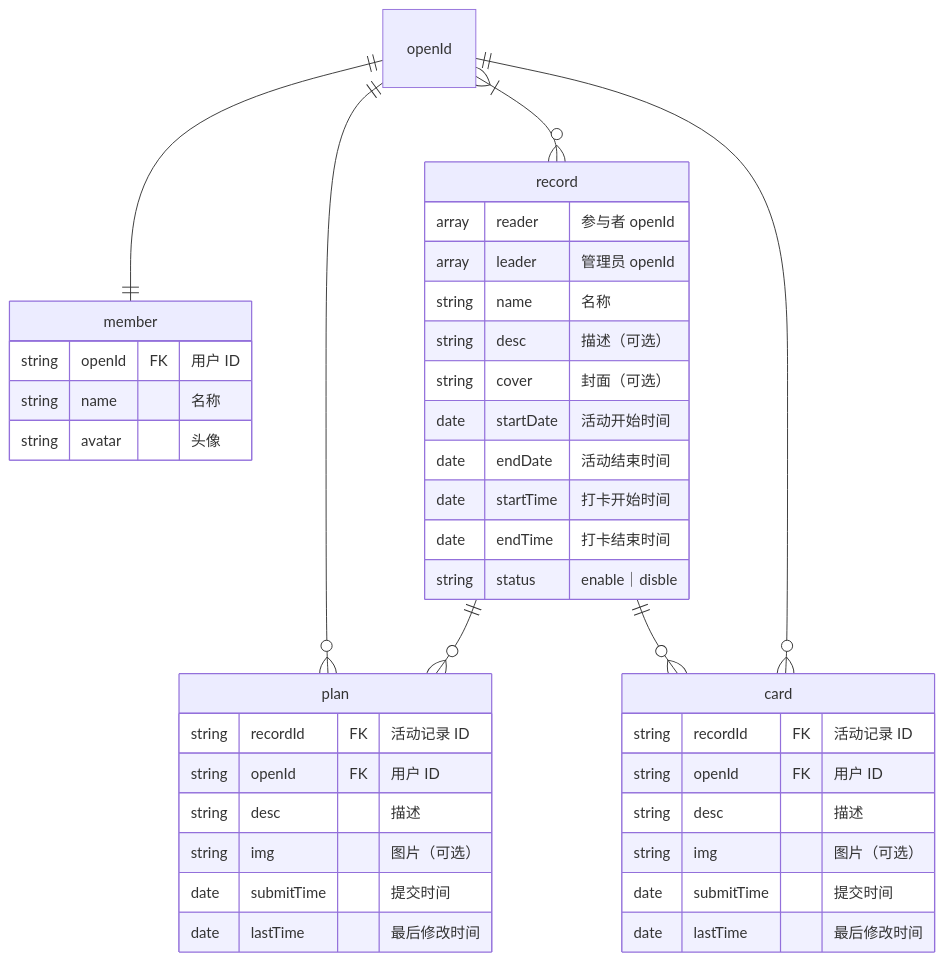
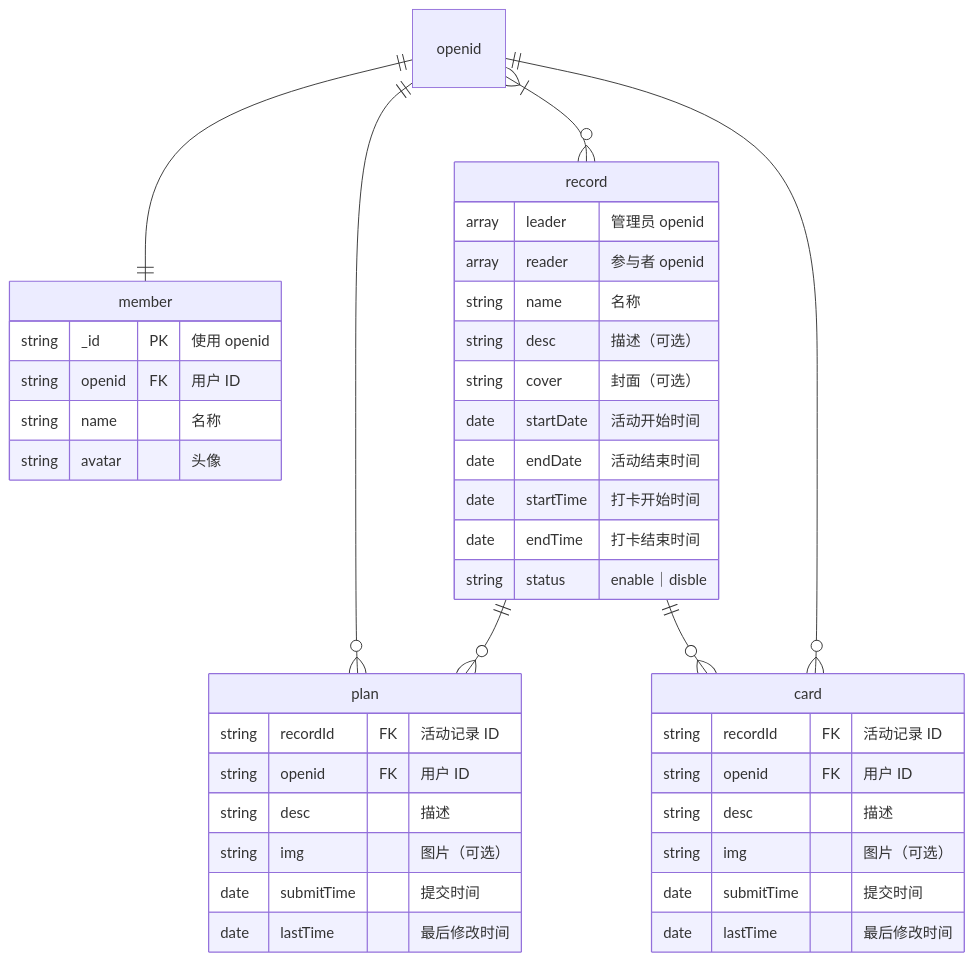
Before and after one commit to liang-n/juan-card: the diagram in doc/开发文档.md, drawn with Mermaid.

Commit message:
member 表的 _id 修改为使用户 openid

````diff
--- a/doc/开发文档.md
+++ b/doc/开发文档.md
@@ -24,43 +24,44 @@
 ```mermaid
 erDiagram
-  openId ||--|| member : ""
-  openId }|--o{ record : ""
-  openId ||--o{ plan : ""
+  openid ||--|| member : ""
+  openid }|--o{ record : ""
+  openid ||--o{ plan : ""
   record ||--o{ plan : ""
   record ||--o{ card : ""
-  openId ||--o{ card : ""
+  openid ||--o{ card : ""
 
   member {
-    string openId FK "用户 ID"
+    string _id PK "使用 openid"
+    string openid FK "用户 ID"
     string name "名称"
     string avatar "头像"
   }
   record {
-    array reader "参与者 openId"
-    array leader "管理员 openId"
+    array leader "管理员 openid"
+    array reader "参与者 openid"
     string name "名称"
     string desc "描述（可选）"
     string cover "封面（可选）"
     date startDate "活动开始时间"
     date endDate "活动结束时间"
     date startTime "打卡开始时间"
     date endTime "打卡结束时间"
     string status "enable｜disble"
  }
   plan {
     string recordId FK "活动记录 ID"
-    string openId FK "用户 ID"
+    string openid FK "用户 ID"
     string desc "描述"
     string img "图片（可选）"
     date submitTime "提交时间"
     date lastTime "最后修改时间"
   }
   card {
     string recordId FK "活动记录 ID"
-    string openId FK "用户 ID"
+    string openid FK "用户 ID"
     string desc "描述"
     string img "图片（可选）"
     date submitTime "提交时间"
     date lastTime "最后修改时间"
   }
 ```
````
